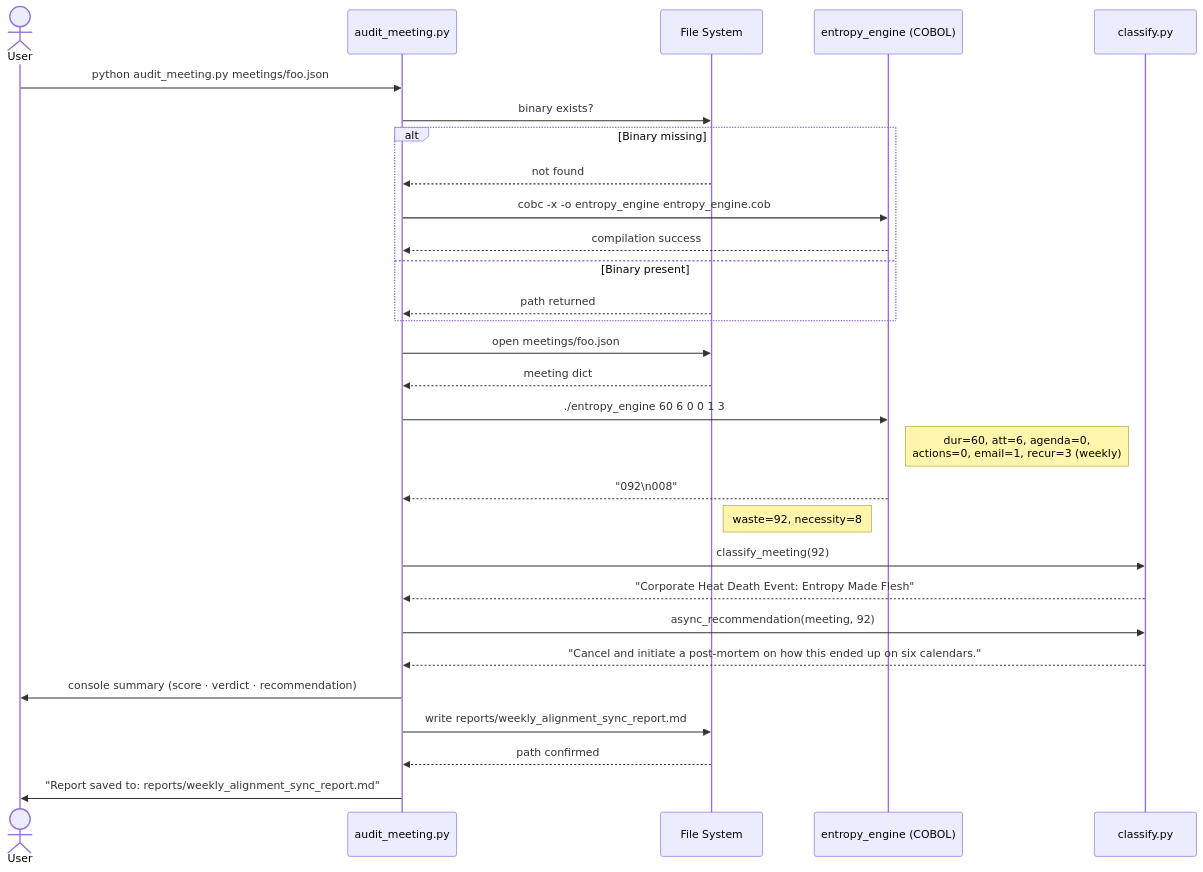
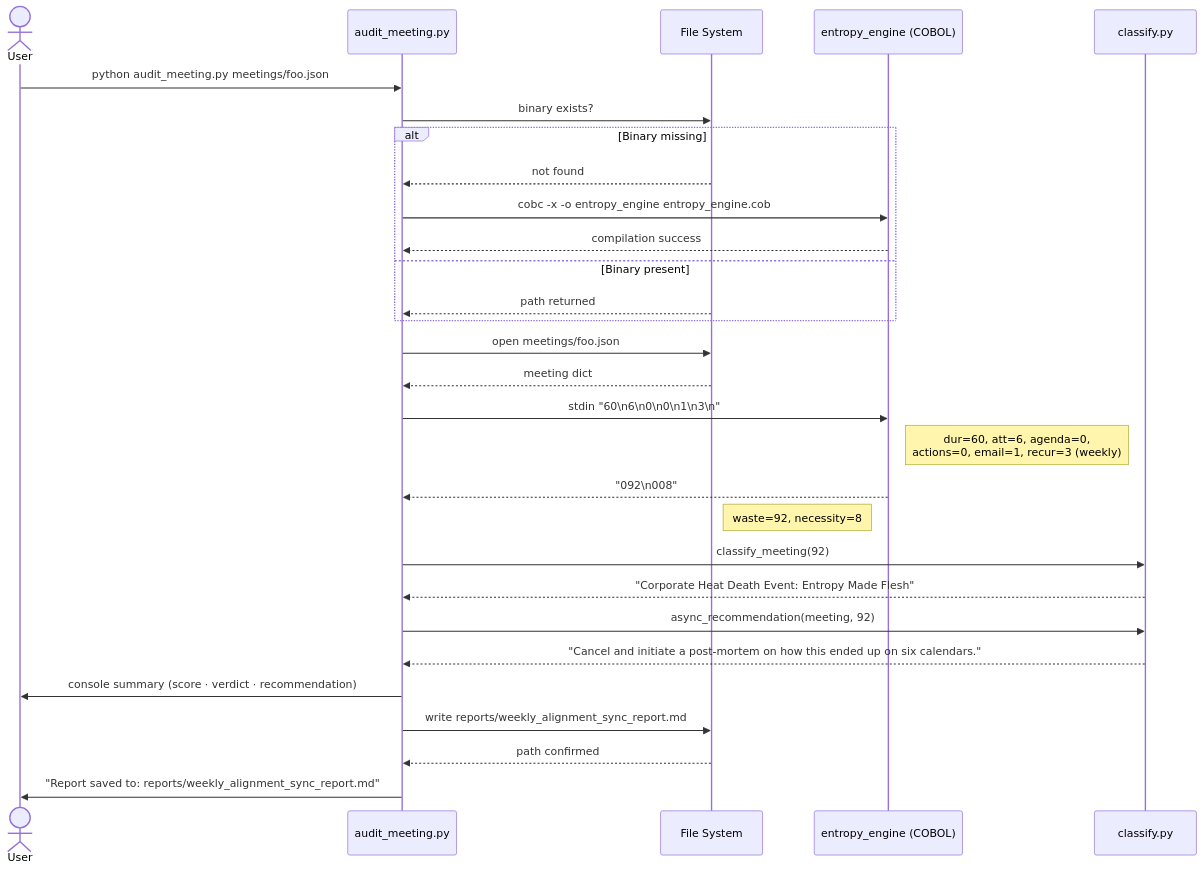
The third of 6 diagrams in ARCHITECTURE.md (kenwalger/SilentSpace), drawn with Mermaid before and after one commit. The commit also changed other lines of this file and 6 other files, not shown here.

````diff
--- a/ARCHITECTURE.md
+++ b/ARCHITECTURE.md
@@ -74,38 +82,38 @@
 ```mermaid
 sequenceDiagram
     actor User
     participant audit as audit_meeting.py
     participant fs as File System
     participant cobol as entropy_engine (COBOL)
     participant classify as classify.py
 
     User->>audit: python audit_meeting.py meetings/foo.json
 
     audit->>fs: binary exists?
     alt Binary missing
         fs-->>audit: not found
         audit->>cobol: cobc -x -o entropy_engine entropy_engine.cob
         cobol-->>audit: compilation success
     else Binary present
         fs-->>audit: path returned
     end
 
     audit->>fs: open meetings/foo.json
     fs-->>audit: meeting dict
 
-    audit->>cobol: ./entropy_engine 60 6 0 0 1 3
+    audit->>cobol: stdin "60\n6\n0\n0\n1\n3\n"
     Note right of cobol: dur=60, att=6, agenda=0,<br/>actions=0, email=1, recur=3 (weekly)
     cobol-->>audit: "092\n008"
     Note left of cobol: waste=92, necessity=8
 
     audit->>classify: classify_meeting(92)
     classify-->>audit: "Corporate Heat Death Event: Entropy Made Flesh"
 
     audit->>classify: async_recommendation(meeting, 92)
     classify-->>audit: "Cancel and initiate a post-mortem on how this ended up on six calendars."
 
     audit->>User: console summary (score · verdict · recommendation)
     audit->>fs: write reports/weekly_alignment_sync_report.md
     fs-->>audit: path confirmed
     audit->>User: "Report saved to: reports/weekly_alignment_sync_report.md"
 ```
````
